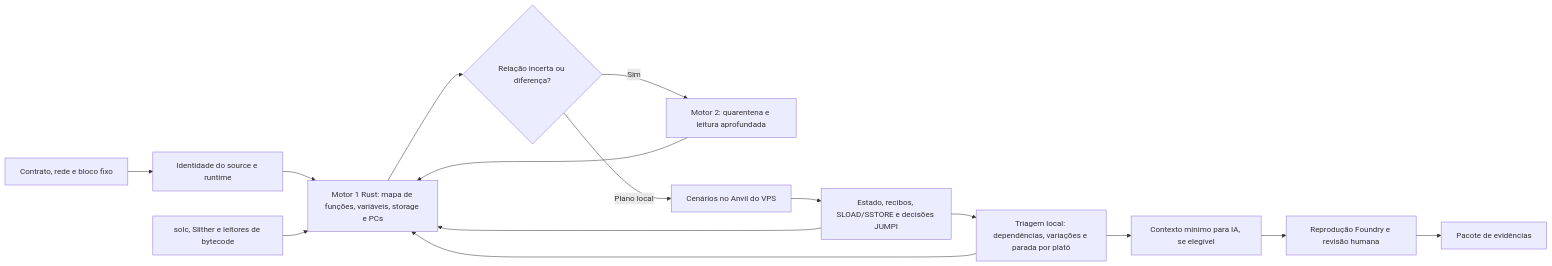
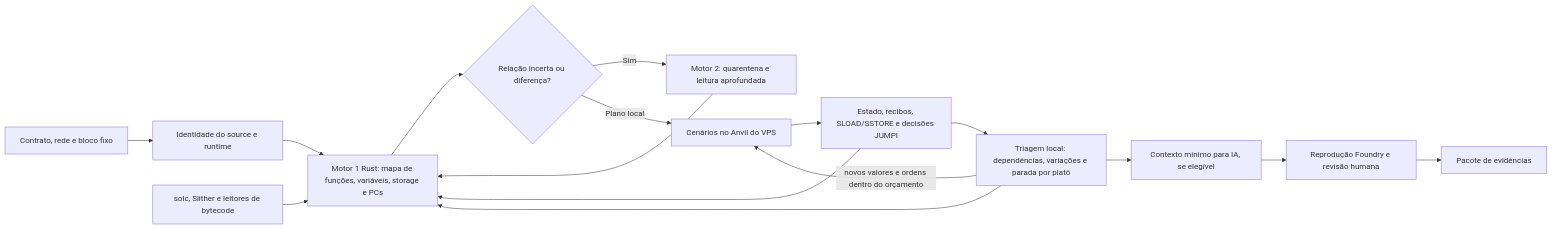
The diagram in docs/PROCESS-FLOW.md (glaudsonvilela/Toupera-Agent), drawn with Mermaid before and after one commit. The commit also changed other lines of this file and 8 other files, not shown here.

````diff
--- a/docs/PROCESS-FLOW.md
+++ b/docs/PROCESS-FLOW.md
@@ -3,17 +3,18 @@
 ```mermaid
 flowchart LR
     A[Contrato, rede e bloco fixo] --> B[Identidade do source e runtime]
     B --> C[Motor 1 Rust: mapa de funções, variáveis, storage e PCs]
     T[solc, Slither e leitores de bytecode] --> C
     C --> D{Relação incerta ou diferença?}
     D -- Sim --> E[Motor 2: quarentena e leitura aprofundada]
     E --> C
     D -- Plano local --> F[Cenários no Anvil do VPS]
     F --> G[Estado, recibos, SLOAD/SSTORE e decisões JUMPI]
     G --> C
     G --> K[Triagem local: dependências, variações e parada por platô]
     K --> C
+    K -- novos valores e ordens dentro do orçamento --> F
     K --> H[Contexto mínimo para IA, se elegível]
     H --> I[Reprodução Foundry e revisão humana]
     I --> J[Pacote de evidências]
 ```
````
